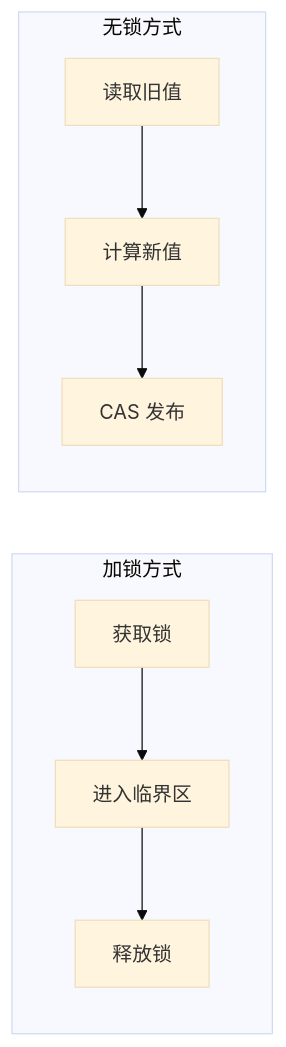
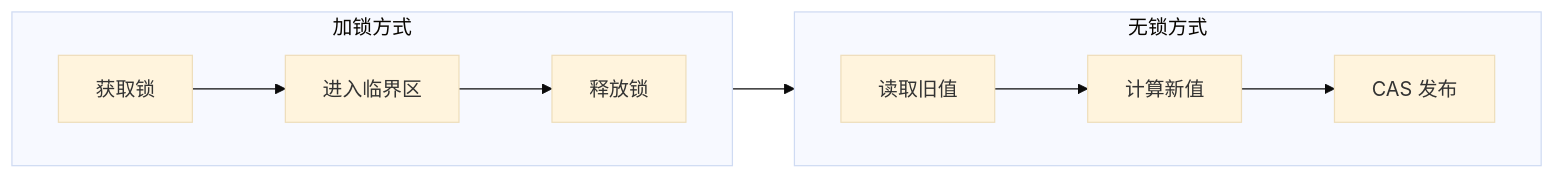
The diagram in images/Java-concurrency/IMG-20260707-000098.mmd (rebibabo/rebibabo.github.io), drawn with Mermaid (base theme) before and after one commit. The commit also changed 50 other files, not shown here.

```diff
--- a/images/Java-concurrency/IMG-20260707-000098.mmd
+++ b/images/Java-concurrency/IMG-20260707-000098.mmd
@@ -1,7 +1,10 @@
 graph LR
     subgraph 加锁方式
+        direction LR
         A1[获取锁] --> A2[进入临界区] --> A3[释放锁]
     end
     subgraph 无锁方式
+        direction LR
         B1[读取旧值] --> B2[计算新值] --> B3[CAS 发布]
     end
+    A3 --> B1
```
